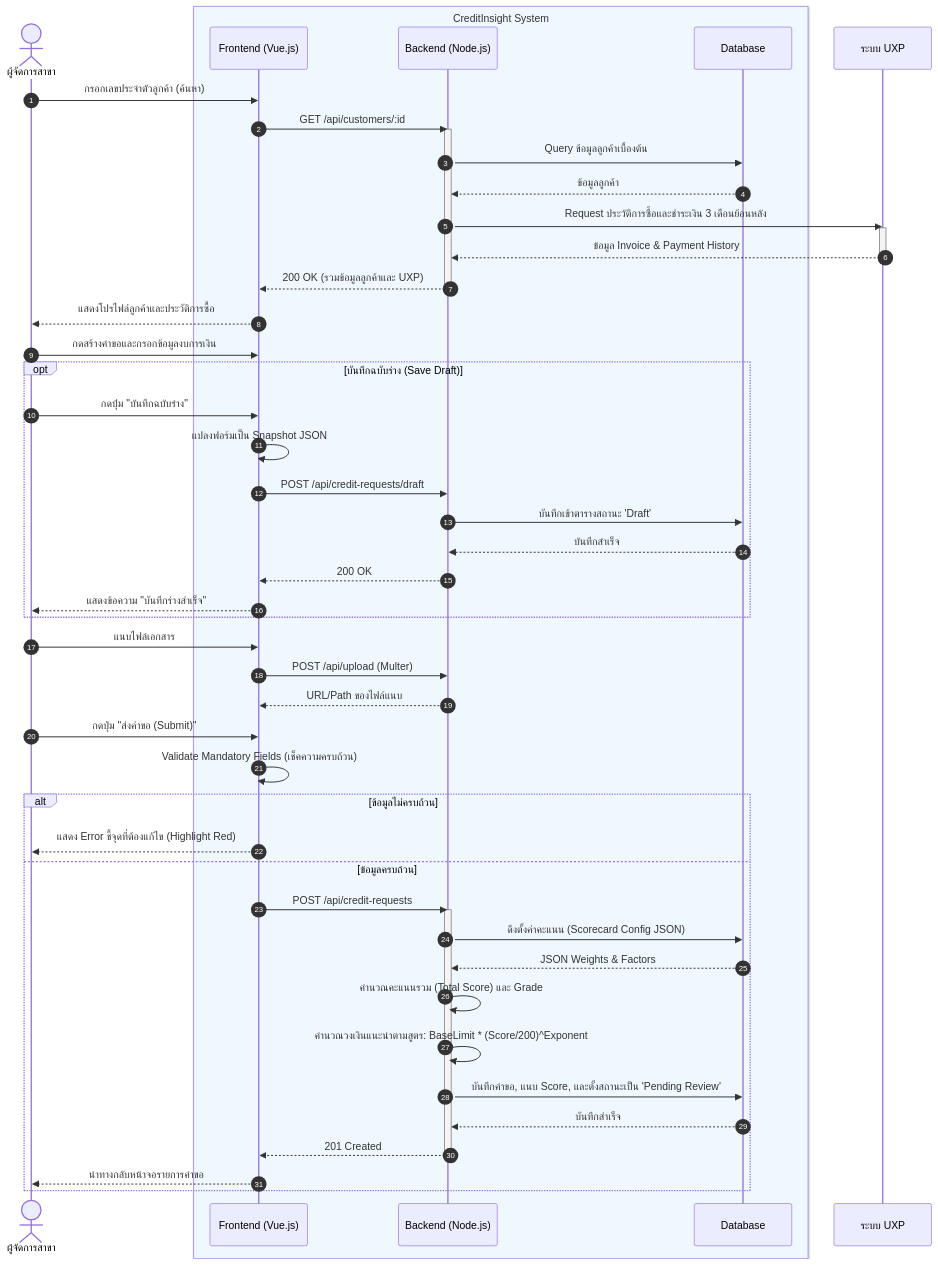
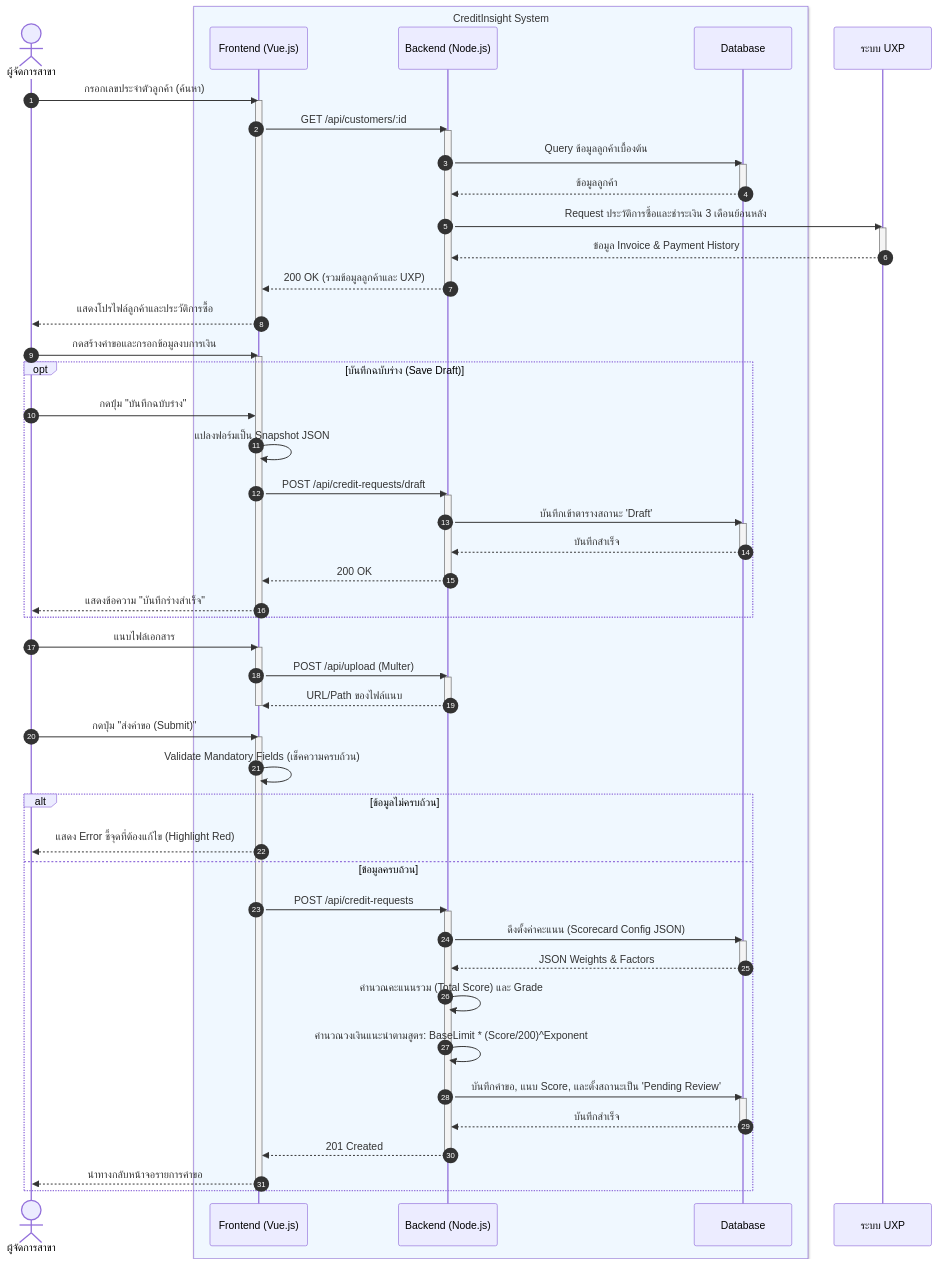
One commit to JinnawatJid/iNsightDocs changed the second of 3 diagrams in docs/presentations/sequence_diagram.md. Above: the diagram before and after it, drawn with Mermaid. The commit also changed other lines of this file, not shown here.

Commit message:
docs(sequence): add activation boxes to mermaid diagrams
- Add `activate` and `deactivate` tags for all participants.
- Wrap main interaction processes inside long-running activation boxes.
- Match requested visual presentation for lifelines.

````diff
--- a/docs/presentations/sequence_diagram.md
+++ b/docs/presentations/sequence_diagram.md
@@ -81,10 +83,13 @@
 
     %% 1. Search & UXP Data Fetching
     BM->>Vue: กรอกเลขประจำตัวลูกค้า (ค้นหา)
+    activate Vue
     Vue->>API: GET /api/customers/:id
     activate API
     API->>DB: Query ข้อมูลลูกค้าเบื้องต้น
+    activate DB
     DB-->>API: ข้อมูลลูกค้า
+    deactivate DB
     API->>UXP: Request ประวัติการซื้อและชำระเงิน 3 เดือนย้อนหลัง
     activate UXP
     UXP-->>API: ข้อมูล Invoice & Payment History
@@ -92,26 +97,38 @@
     API-->>Vue: 200 OK (รวมข้อมูลลูกค้าและ UXP)
     deactivate API
     Vue-->>BM: แสดงโปรไฟล์ลูกค้าและประวัติการซื้อ
+    deactivate Vue
 
     %% 2. Create Request & Draft
     BM->>Vue: กดสร้างคำขอและกรอกข้อมูลงบการเงิน
+    activate Vue
 
     opt บันทึกฉบับร่าง (Save Draft)
         BM->>Vue: กดปุ่ม "บันทึกฉบับร่าง"
         Vue->>Vue: แปลงฟอร์มเป็น Snapshot JSON
         Vue->>API: POST /api/credit-requests/draft
+        activate API
         API->>DB: บันทึกเข้าตารางสถานะ 'Draft'
+        activate DB
         DB-->>API: บันทึกสำเร็จ
+        deactivate DB
         API-->>Vue: 200 OK
+        deactivate API
         Vue-->>BM: แสดงข้อความ "บันทึกร่างสำเร็จ"
     end
+    deactivate Vue
 
     %% 3. Form Validation & File Upload
     BM->>Vue: แนบไฟล์เอกสาร
+    activate Vue
     Vue->>API: POST /api/upload (Multer)
+    activate API
     API-->>Vue: URL/Path ของไฟล์แนบ
+    deactivate API
+    deactivate Vue
 
     BM->>Vue: กดปุ่ม "ส่งคำขอ (Submit)"
+    activate Vue
     Vue->>Vue: Validate Mandatory Fields (เช็คความครบถ้วน)
 
     %% 4. Scoring & Submission
@@ -123,15 +140,20 @@
 
         %% Scoring Engine Logic
         API->>DB: ดึงตั้งค่าคะแนน (Scorecard Config JSON)
+        activate DB
         DB-->>API: JSON Weights & Factors
+        deactivate DB
         API->>API: คำนวณคะแนนรวม (Total Score) และ Grade
         API->>API: คำนวณวงเงินแนะนำตามสูตร: BaseLimit * (Score/200)^Exponent
 
         %% Save & Workflow Transition
         API->>DB: บันทึกคำขอ, แนบ Score, และตั้งสถานะเป็น 'Pending Review'
+        activate DB
         DB-->>API: บันทึกสำเร็จ
+        deactivate DB
         API-->>Vue: 201 Created
         deactivate API
         Vue-->>BM: นำทางกลับหน้าจอรายการคำขอ
     end
+    deactivate Vue
 ```
````
